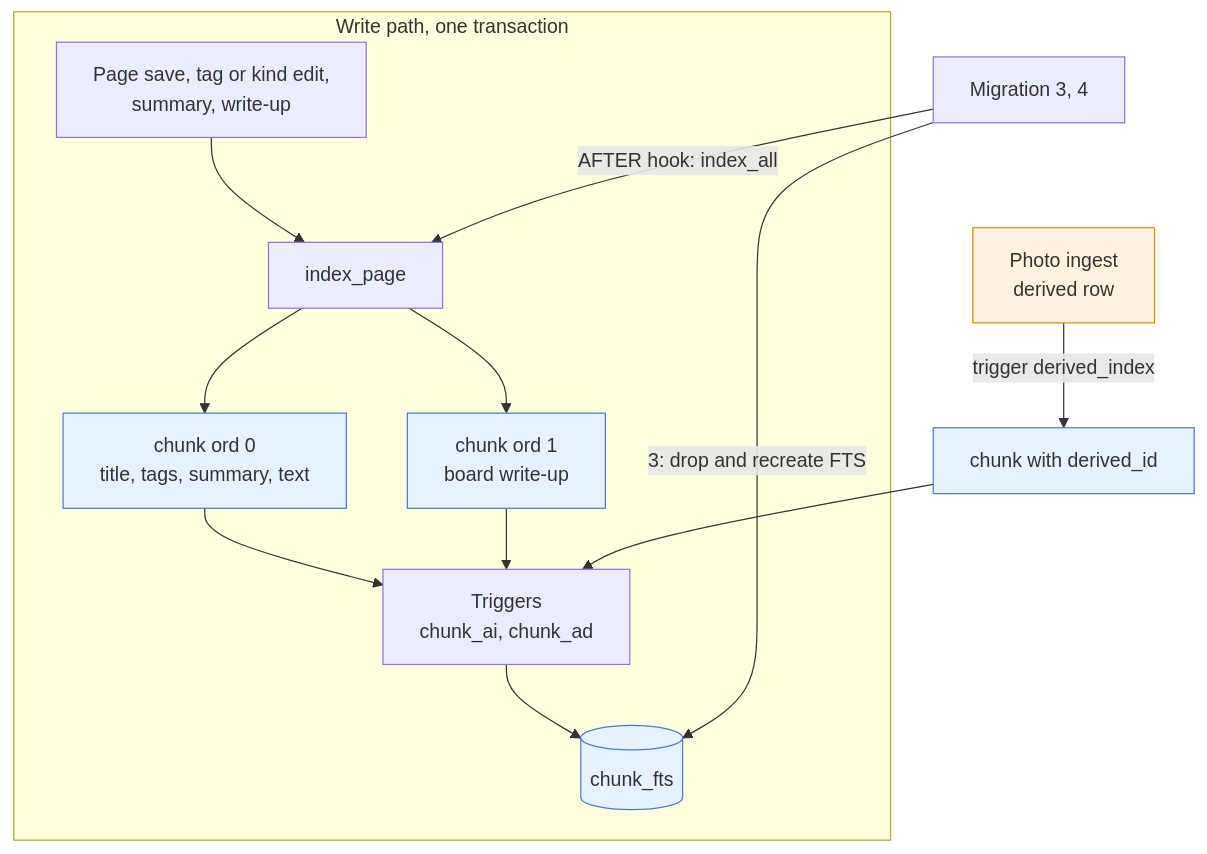
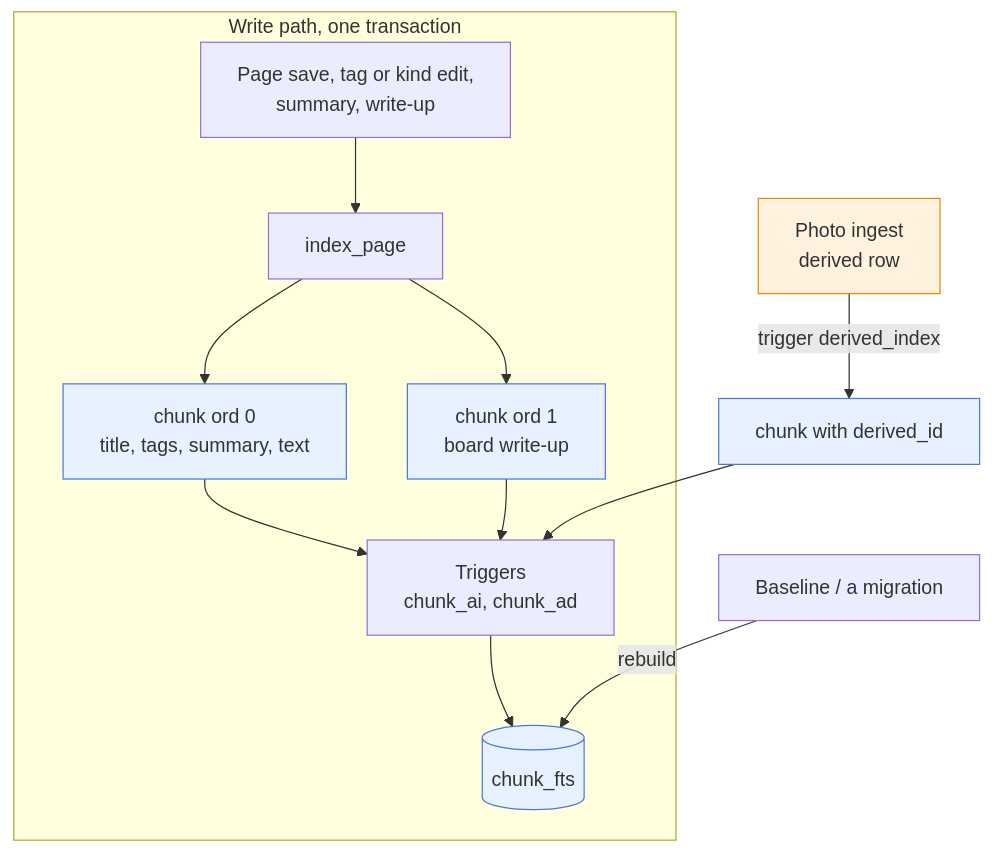
One commit to gilesknap/scrap changed the second of 3 diagrams in docs/explanations/architecture/search.md. Above: the diagram before and after it, drawn with Mermaid. The commit also changed other lines of this file and 58 other files, not shown here.

First line of the commit message:
Squash the migration chain into one schema-18 baseline for 1.0 (#371)

````diff
--- a/docs/explanations/architecture/search.md
+++ b/docs/explanations/architecture/search.md
@@ -79,20 +79,19 @@
 ```mermaid
 flowchart TD
     subgraph write ["Write path, one transaction"]
         SV["Page save, tag or kind edit,<br/>summary, write-up"] --> IP["index_page"]
         IP --> C0["chunk ord 0<br/>title, tags, summary, text"]
         IP --> C1["chunk ord 1<br/>board write-up"]
         C0 --> TR["Triggers<br/>chunk_ai, chunk_ad"]
         C1 --> TR
         TR --> FTS[("chunk_fts")]
     end
     DER["Photo ingest<br/>derived row"] -->|"trigger derived_index"| CD["chunk with derived_id"]
     CD --> TR
-    MIG["Migration 3, 4"] -->|"AFTER hook: index_all"| IP
-    MIG -->|"3: drop and recreate FTS"| FTS
+    MIG["Baseline / a migration"] -->|"rebuild"| FTS
 
     classDef store fill:#e8f1ff,stroke:#4a7bd0;
     classDef claude fill:#fff3e0,stroke:#e08a00;
     class FTS,C0,C1,CD store;
     class DER claude;
 ```
````
